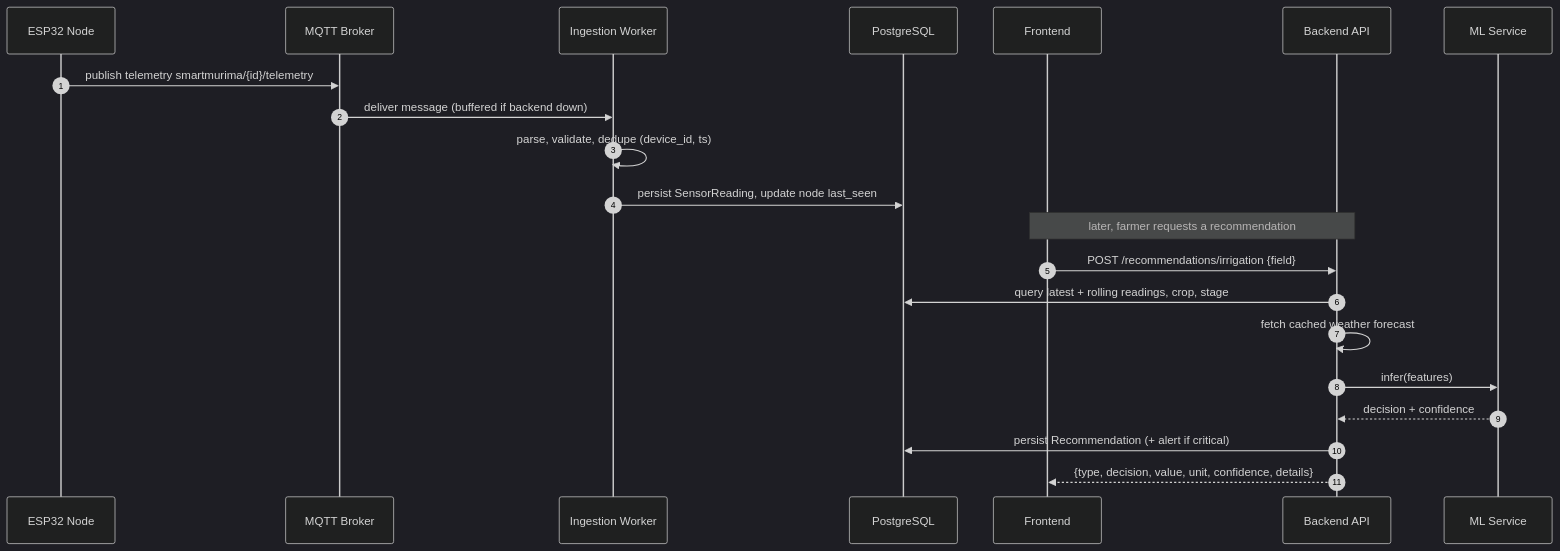
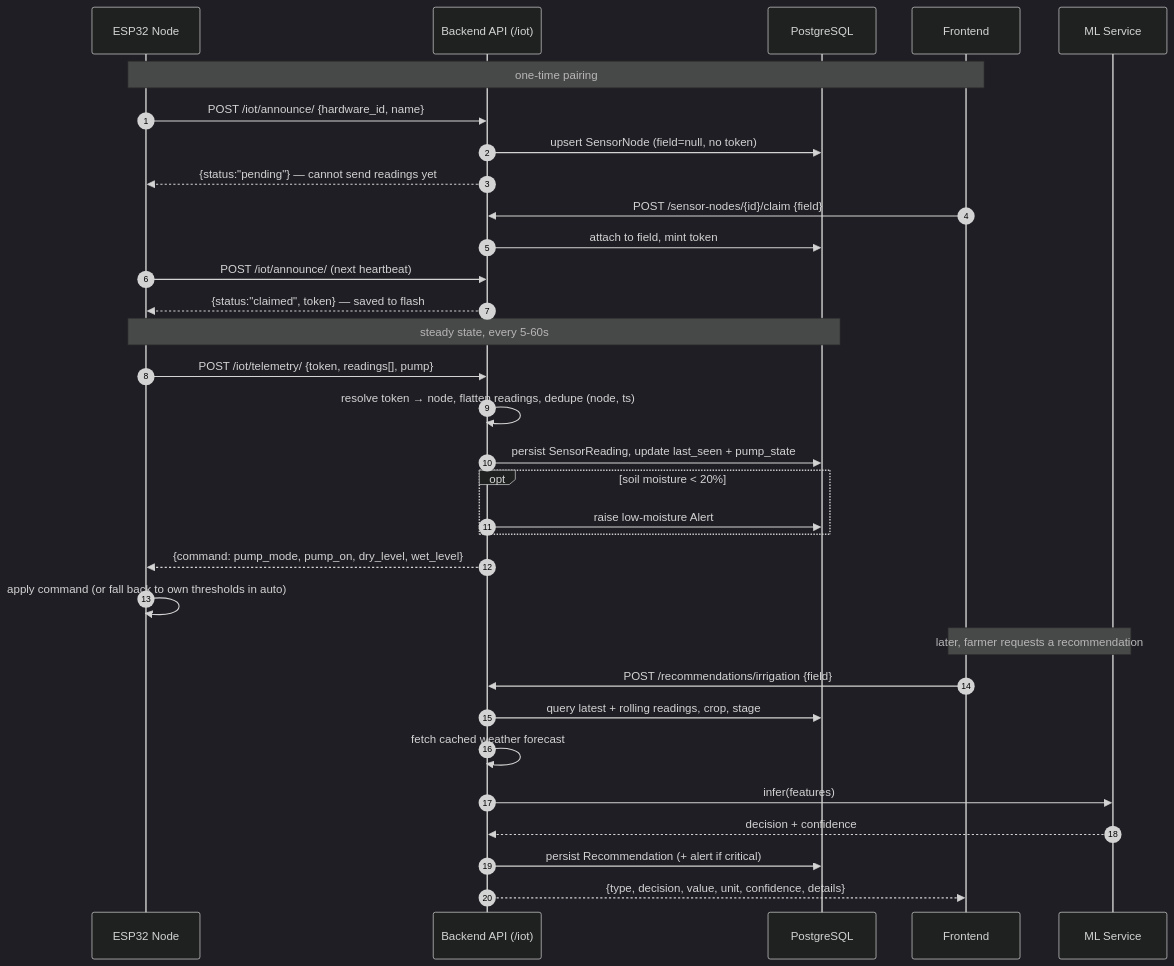
One commit to pac-cee/smartmurima changed the first of 5 diagrams in docs/diagrams/sequence.md. Above: the diagram before and after it, drawn with Mermaid (dark theme). The commit also changed other lines of this file and 87 other files, not shown here.

````diff
--- a/docs/diagrams/sequence.md
+++ b/docs/diagrams/sequence.md
@@ -8,24 +12,37 @@
 ```mermaid
 sequenceDiagram
     autonumber
     participant ESP as ESP32 Node
-    participant MQTT as MQTT Broker
-    participant ING as Ingestion Worker
+    participant BE as Backend API (/iot)
     participant DB as PostgreSQL
     participant FE as Frontend
-    participant BE as Backend API
     participant ML as ML Service
 
-    ESP->>MQTT: publish telemetry smartmurima/{id}/telemetry
-    MQTT->>ING: deliver message (buffered if backend down)
-    ING->>ING: parse, validate, dedupe (device_id, ts)
-    ING->>DB: persist SensorReading, update node last_seen
-    Note over FE,BE: later, farmer requests a recommendation
+    Note over ESP,FE: one-time pairing
+    ESP->>BE: POST /iot/announce/ {hardware_id, name}
+    BE->>DB: upsert SensorNode (field=null, no token)
+    BE-->>ESP: {status:"pending"} — cannot send readings yet
+    FE->>BE: POST /sensor-nodes/{id}/claim {field}
+    BE->>DB: attach to field, mint token
+    ESP->>BE: POST /iot/announce/ (next heartbeat)
+    BE-->>ESP: {status:"claimed", token} — saved to flash
+
+    Note over ESP,DB: steady state, every 5-60s
+    ESP->>BE: POST /iot/telemetry/ {token, readings[], pump}
+    BE->>BE: resolve token → node, flatten readings, dedupe (node, ts)
+    BE->>DB: persist SensorReading, update last_seen + pump_state
+    opt soil moisture < 20%
+        BE->>DB: raise low-moisture Alert
+    end
+    BE-->>ESP: {command: pump_mode, pump_on, dry_level, wet_level}
+    ESP->>ESP: apply command (or fall back to own thresholds in auto)
+
+    Note over FE,ML: later, farmer requests a recommendation
     FE->>BE: POST /recommendations/irrigation {field}
     BE->>DB: query latest + rolling readings, crop, stage
     BE->>BE: fetch cached weather forecast
     BE->>ML: infer(features)
     ML-->>BE: decision + confidence
     BE->>DB: persist Recommendation (+ alert if critical)
     BE-->>FE: {type, decision, value, unit, confidence, details}
 ```
````
